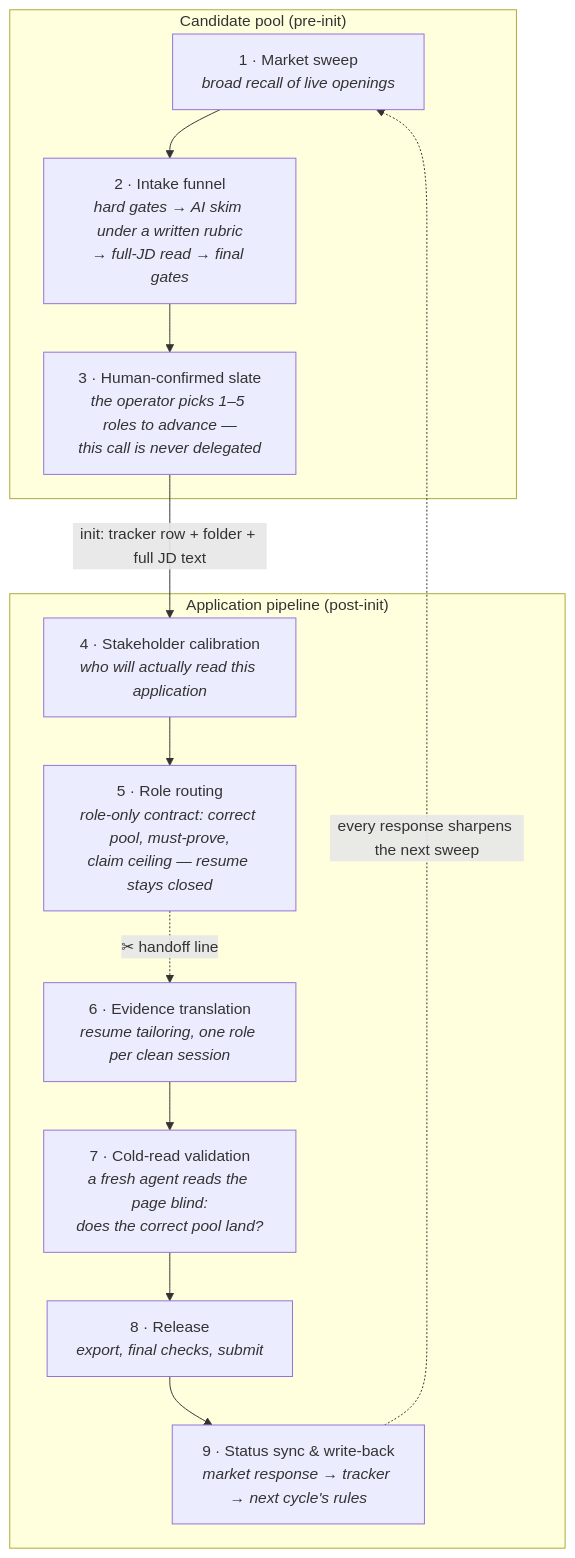
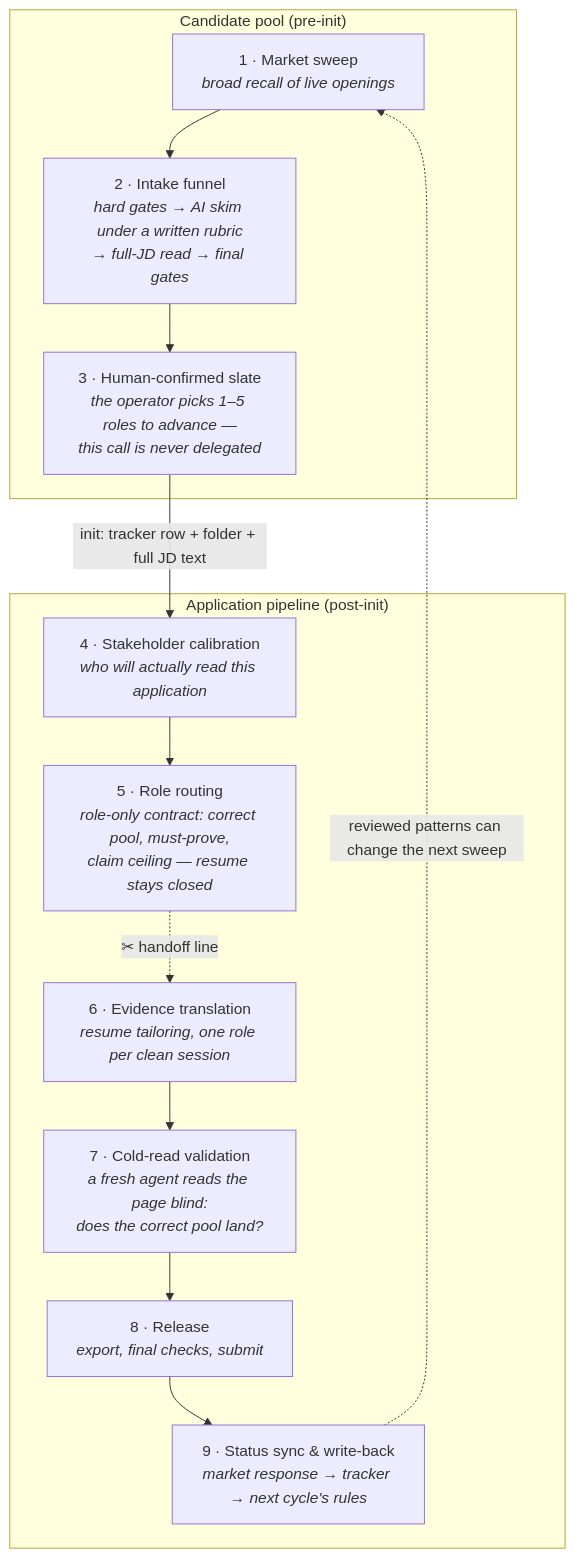
One commit to xinnnxuan/candidate-gtm-pipeline changed the diagram in docs/pipeline.md. Above: the diagram before and after it, drawn with Mermaid. The commit also changed other lines of this file and 3 other files, not shown here.

````diff
--- a/docs/pipeline.md
+++ b/docs/pipeline.md
@@ -9,16 +9,16 @@
 ```mermaid
 flowchart TB
     subgraph PRE["Candidate pool (pre-init)"]
         A["1 · Market sweep<br/><i>broad recall of live openings</i>"] --> B["2 · Intake funnel<br/><i>hard gates → AI skim under a written rubric<br/>→ full-JD read → final gates</i>"]
         B --> C["3 · Human-confirmed slate<br/><i>the operator picks 1–5 roles to advance —<br/>this call is never delegated</i>"]
     end
     C -->|"init: tracker row + folder + full JD text"| D
     subgraph POST["Application pipeline (post-init)"]
         D["4 · Stakeholder calibration<br/><i>who will actually read this application</i>"] --> E["5 · Role routing<br/><i>role-only contract: correct pool, must-prove,<br/>claim ceiling — resume stays closed</i>"]
         E -.->|"✂ handoff line"| F["6 · Evidence translation<br/><i>resume tailoring, one role per clean session</i>"]
         F --> G["7 · Cold-read validation<br/><i>a fresh agent reads the page blind:<br/>does the correct pool land?</i>"]
         G --> H["8 · Release<br/><i>export, final checks, submit</i>"]
         H --> I["9 · Status sync & write-back<br/><i>market response → tracker → next cycle's rules</i>"]
     end
-    I -.->|"every response sharpens the next sweep"| A
+    I -.->|"reviewed patterns can change the next sweep"| A
 ```
````
